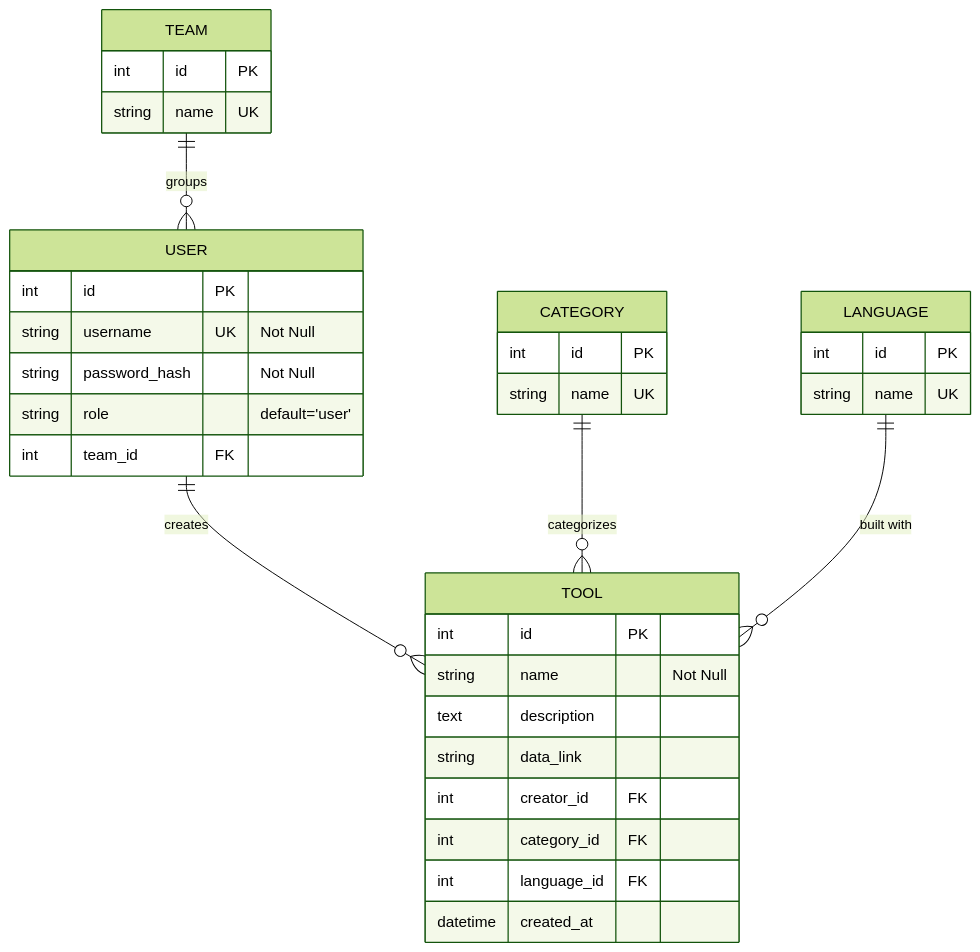
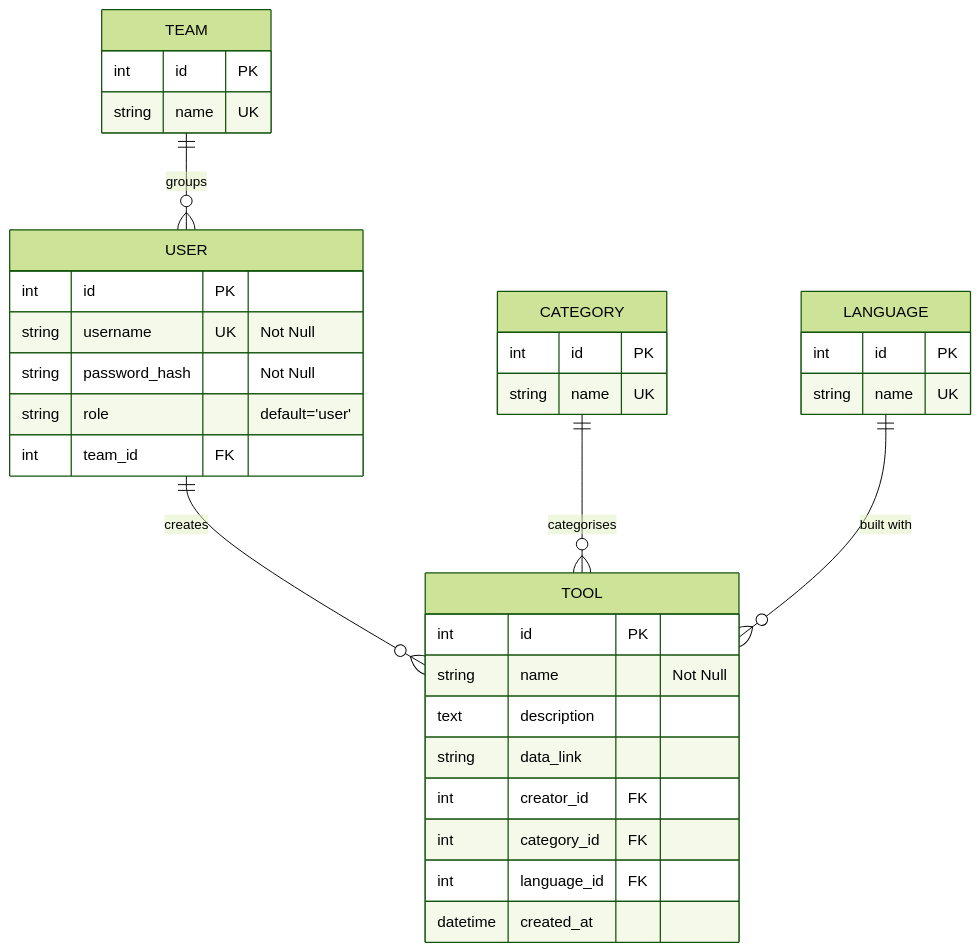
Before and after one commit to L4zzyK1dz7/internal_tool: the second of 3 diagrams in docs/tdd.md, drawn with Mermaid (forest theme). The commit also changed other lines of this file and 5 other files, not shown here.

````diff
--- a/docs/tdd.md
+++ b/docs/tdd.md
@@ -45,37 +45,37 @@
 ```mermaid
 erDiagram
     USER {
         int id PK
         string username UK "Not Null"
         string password_hash "Not Null"
         string role "default='user'"
         int team_id FK
     }
     TEAM {
         int id PK
         string name UK
     }
     LANGUAGE {
         int id PK
         string name UK
     }
     CATEGORY {
         int id PK
         string name UK
     }
     TOOL {
         int id PK
         string name "Not Null"
         text description
         string data_link
         int creator_id FK
         int category_id FK
         int language_id FK
         datetime created_at
     }
 
     TEAM ||--o{ USER : "groups"
     USER ||--o{ TOOL : "creates"
-    CATEGORY ||--o{ TOOL : "categorizes"
+    CATEGORY ||--o{ TOOL : "categorises"
     LANGUAGE ||--o{ TOOL : "built with"
 ```
````
